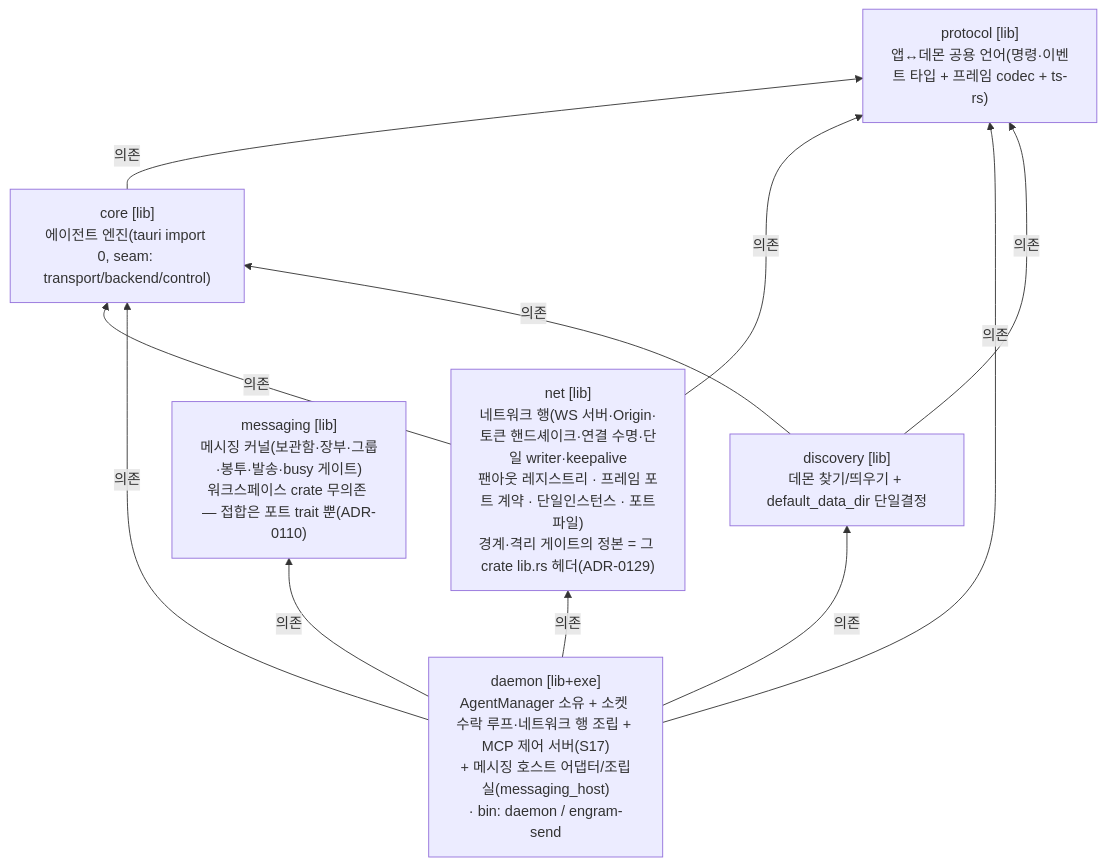
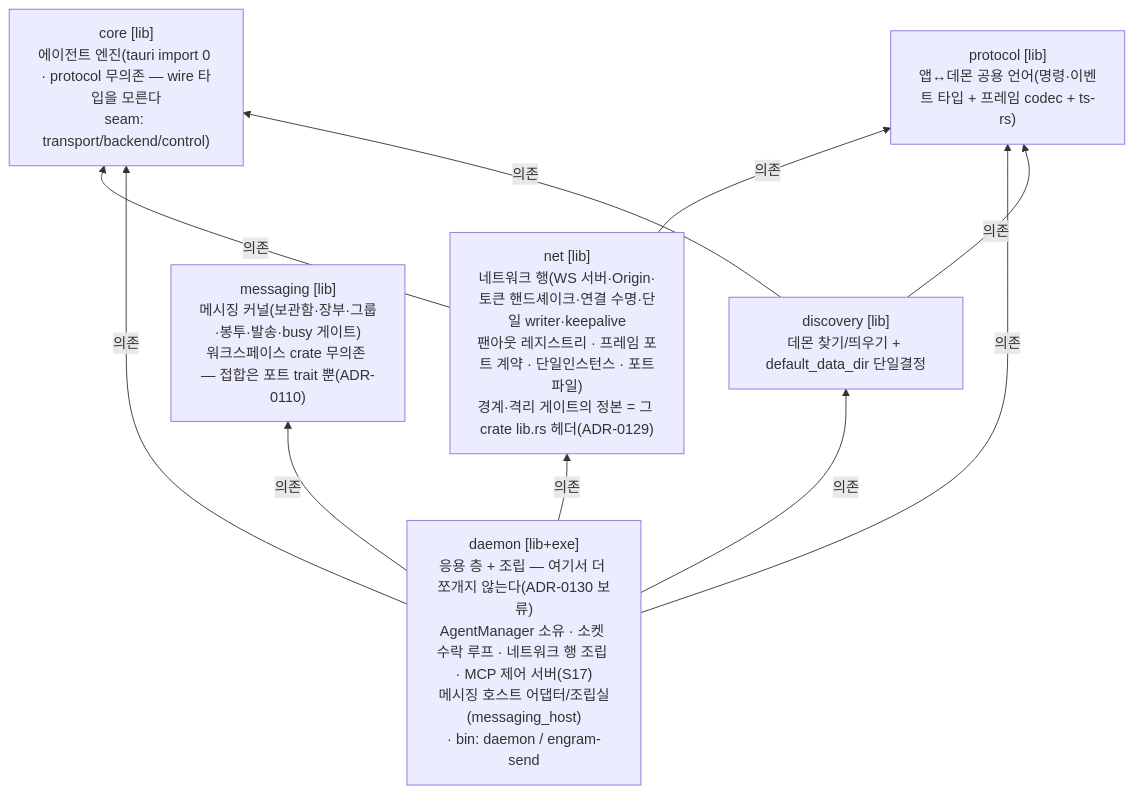
The third of 20 diagrams in docs/reference/architecture-overview.md (kimsunzun/engram-dashboard), drawn with Mermaid before and after one commit. The commit also changed other lines of this file and 8 other files, not shown here.

````diff
--- a/docs/reference/architecture-overview.md
+++ b/docs/reference/architecture-overview.md
@@ -157,20 +157,19 @@
 ```mermaid
 flowchart BT
   protocol["protocol [lib]<br/>앱↔데몬 공용 언어(명령·이벤트 타입 + 프레임 codec + ts-rs)"]
-  core["core [lib]<br/>에이전트 엔진(tauri import 0, seam: transport/backend/control)"]
+  core["core [lib]<br/>에이전트 엔진(tauri import 0 · protocol 무의존 — wire 타입을 모른다<br/>seam: transport/backend/control)"]
   discovery["discovery [lib]<br/>데몬 찾기/띄우기 + default_data_dir 단일결정"]
   messaging["messaging [lib]<br/>메시징 커널(보관함·장부·그룹·봉투·발송·busy 게이트)<br/>워크스페이스 crate 무의존 — 접합은 포트 trait 뿐(ADR-0110)"]
   net["net [lib]<br/>네트워크 행(WS 서버·Origin·토큰 핸드셰이크·연결 수명·단일 writer·keepalive<br/>팬아웃 레지스트리 · 프레임 포트 계약 · 단일인스턴스 · 포트파일)<br/>경계·격리 게이트의 정본 = 그 crate lib.rs 헤더(ADR-0129)"]
-  daemon["daemon [lib+exe]<br/>AgentManager 소유 + 소켓 수락 루프·네트워크 행 조립 + MCP 제어 서버(S17)<br/>+ 메시징 호스트 어댑터/조립실(messaging_host)<br/>· bin: daemon / engram-send"]
+  daemon["daemon [lib+exe]<br/>응용 층 + 조립 — 여기서 더 쪼개지 않는다(ADR-0130 보류)<br/>AgentManager 소유 · 소켓 수락 루프 · 네트워크 행 조립 · MCP 제어 서버(S17)<br/>메시징 호스트 어댑터/조립실(messaging_host)<br/>· bin: daemon / engram-send"]
 
-  core -->|"의존"| protocol
   net -->|"의존"| protocol
   net -->|"의존"| core
   daemon -->|"의존"| core
   daemon -->|"의존"| protocol
   daemon -->|"의존"| net
   discovery -->|"의존"| protocol
   discovery -->|"의존"| core
   daemon -->|"의존"| discovery
   daemon -->|"의존"| messaging
 ```
````
